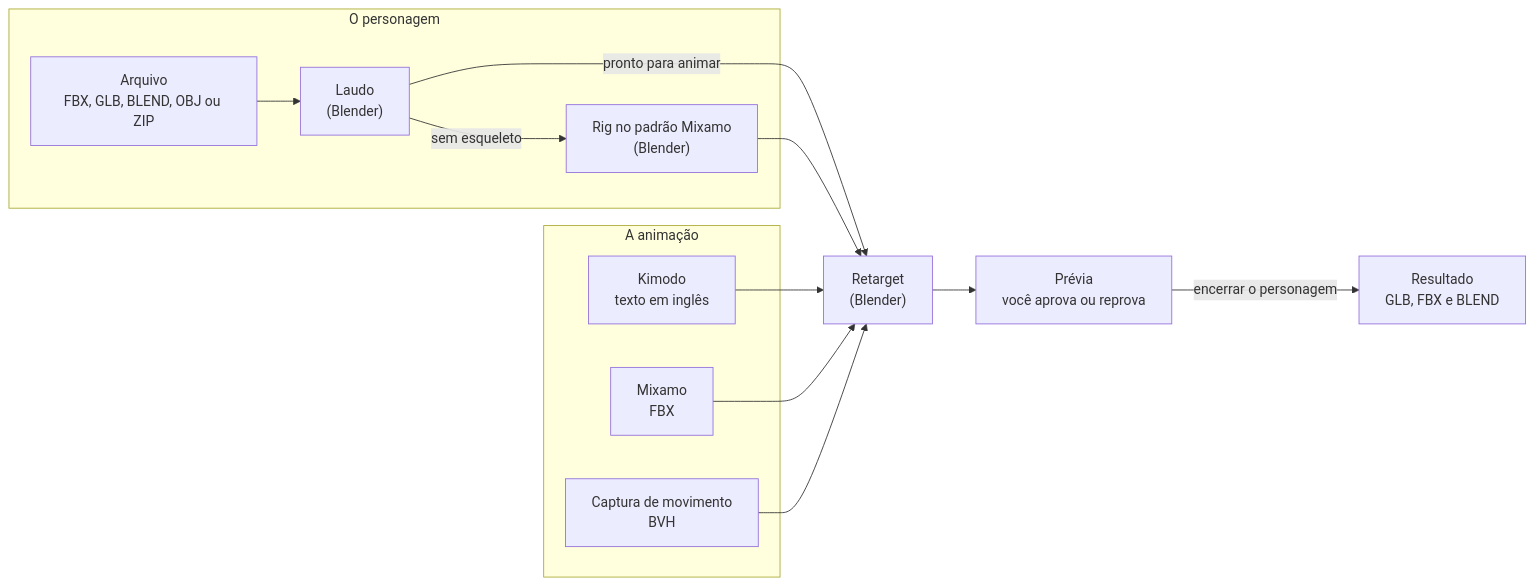
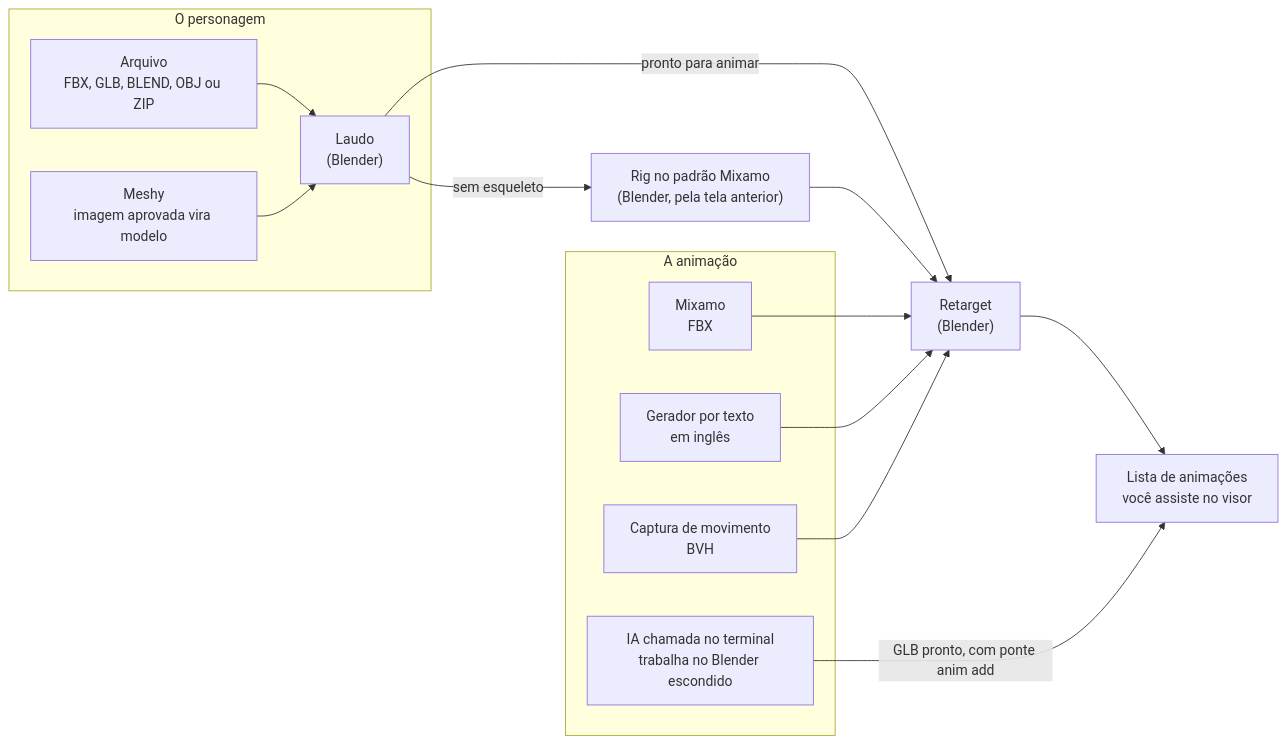
The diagram in README.md (dap4ever/ponte-animada), drawn with Mermaid before and after one commit. The commit also changed other lines of this file and 34 other files, not shown here.

````diff
--- a/README.md
+++ b/README.md
@@ -51,19 +63,21 @@
 ```mermaid
 flowchart LR
     subgraph PERS["O personagem"]
         P["Arquivo<br/>FBX, GLB, BLEND, OBJ ou ZIP"] --> L["Laudo<br/>(Blender)"]
-        L -- "sem esqueleto" --> R["Rig no padrão Mixamo<br/>(Blender)"]
+        Y["Meshy<br/>imagem aprovada vira modelo"] --> L
     end
     subgraph ANIM["A animação"]
-        K["Kimodo<br/>texto em inglês"]
+        A["IA chamada no terminal<br/>trabalha no Blender escondido"]
         M["Mixamo<br/>FBX"]
+        K["Gerador por texto<br/>em inglês"]
         C["Captura de movimento<br/>BVH"]
     end
     L -- "pronto para animar" --> T["Retarget<br/>(Blender)"]
+    L -- "sem esqueleto" --> R["Rig no padrão Mixamo<br/>(Blender, pela tela anterior)"]
     R --> T
+    M --> T
     K --> T
-    M --> T
     C --> T
-    T --> V["Prévia<br/>você aprova ou reprova"]
-    V -- "encerrar o personagem" --> F["Resultado<br/>GLB, FBX e BLEND"]
+    T --> V["Lista de animações<br/>você assiste no visor"]
+    A -- "GLB pronto, com ponte anim add" --> V
 ```
````
